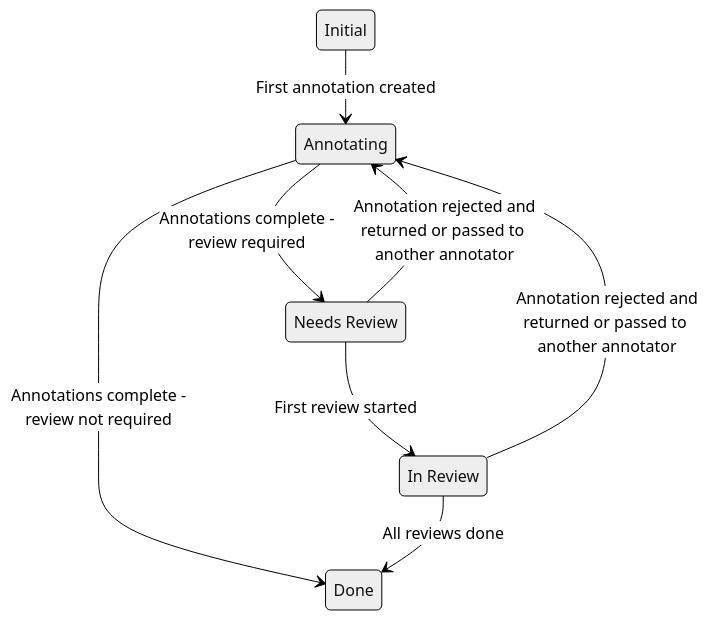
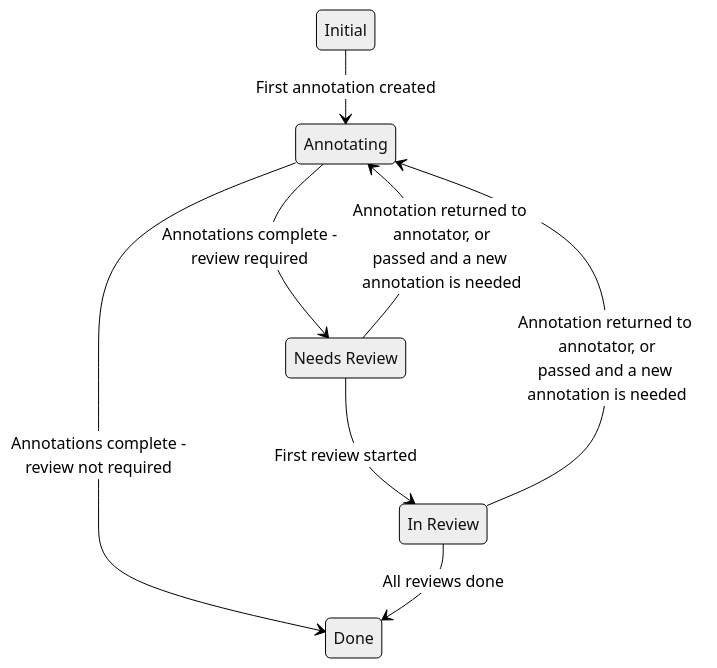
Before and after one commit to HumanSignal/label-studio: the second of 2 diagrams in docs/source/guide/project_states.md, drawn with Mermaid (neutral theme). The commit also changed other lines of this file, not shown here.

Commit message:
docs: UTC-1178: Scope the pass-to-another-annotator state transition to overlap

````diff
--- a/docs/source/guide/project_states.md
+++ b/docs/source/guide/project_states.md
@@ -69,22 +69,22 @@
 ```mermaid
 stateDiagram-v2
     state "Initial" as CREATED
     state "Annotating" as ANNOTATION_IN_PROGRESS
     state "Needs Review" as NEEDS_REVIEW
     state "In Review" as REVIEW_IN_PROGRESS
     state "Done" as COMPLETED
 
     CREATED --> ANNOTATION_IN_PROGRESS: First annotation created
     ANNOTATION_IN_PROGRESS --> NEEDS_REVIEW: Annotations complete -<br>review required
     ANNOTATION_IN_PROGRESS --> COMPLETED: Annotations complete -<br>review not required
     NEEDS_REVIEW --> REVIEW_IN_PROGRESS: First review started
     REVIEW_IN_PROGRESS --> COMPLETED: All reviews done
-    NEEDS_REVIEW --> ANNOTATION_IN_PROGRESS: Annotation rejected and<br>returned or passed to another annotator
-    REVIEW_IN_PROGRESS --> ANNOTATION_IN_PROGRESS: Annotation rejected and<br>returned or passed to another annotator
+    NEEDS_REVIEW --> ANNOTATION_IN_PROGRESS: Annotation returned to annotator, or<br>passed and a new annotation is needed
+    REVIEW_IN_PROGRESS --> ANNOTATION_IN_PROGRESS: Annotation returned to annotator, or<br>passed and a new annotation is needed
 
     class CREATED neutral
     class ANNOTATION_IN_PROGRESS grape
     class NEEDS_REVIEW cantaloupe
     class REVIEW_IN_PROGRESS plum
     class COMPLETED kale
 ```
````
